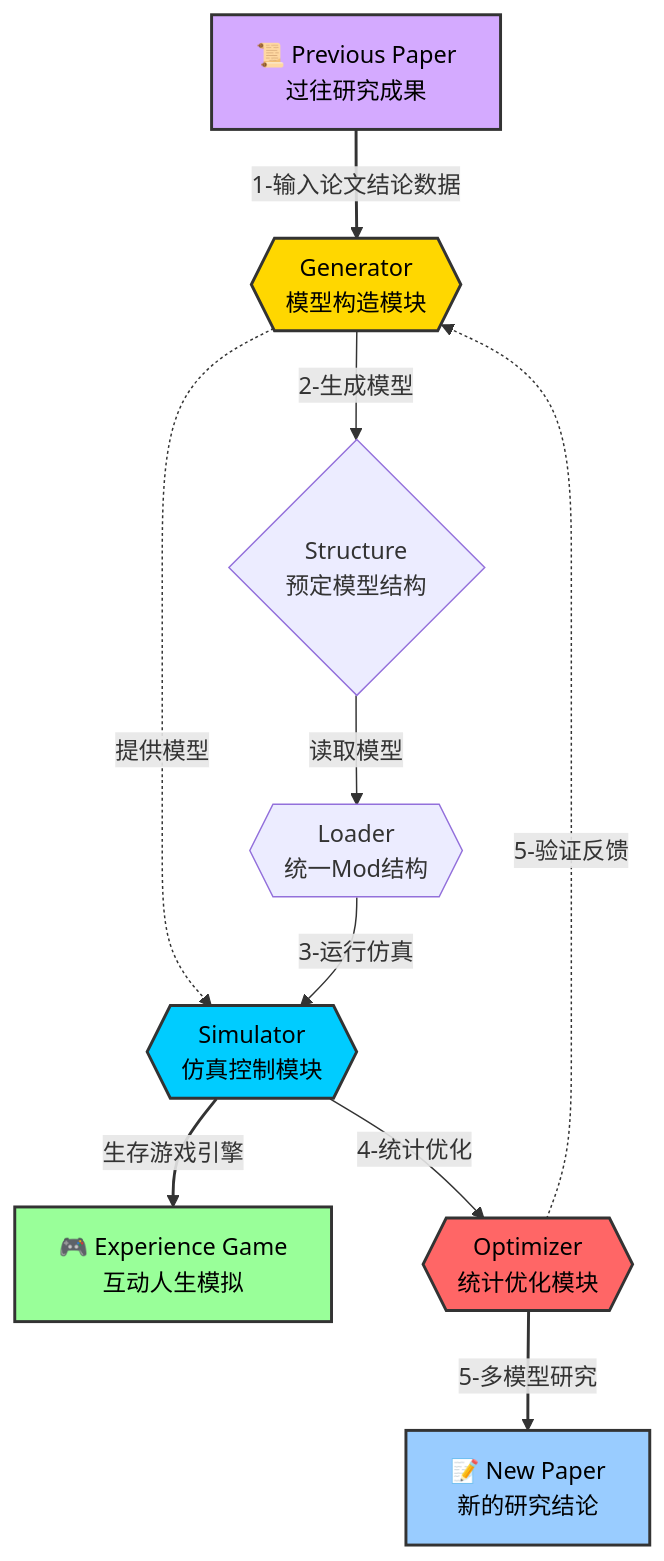
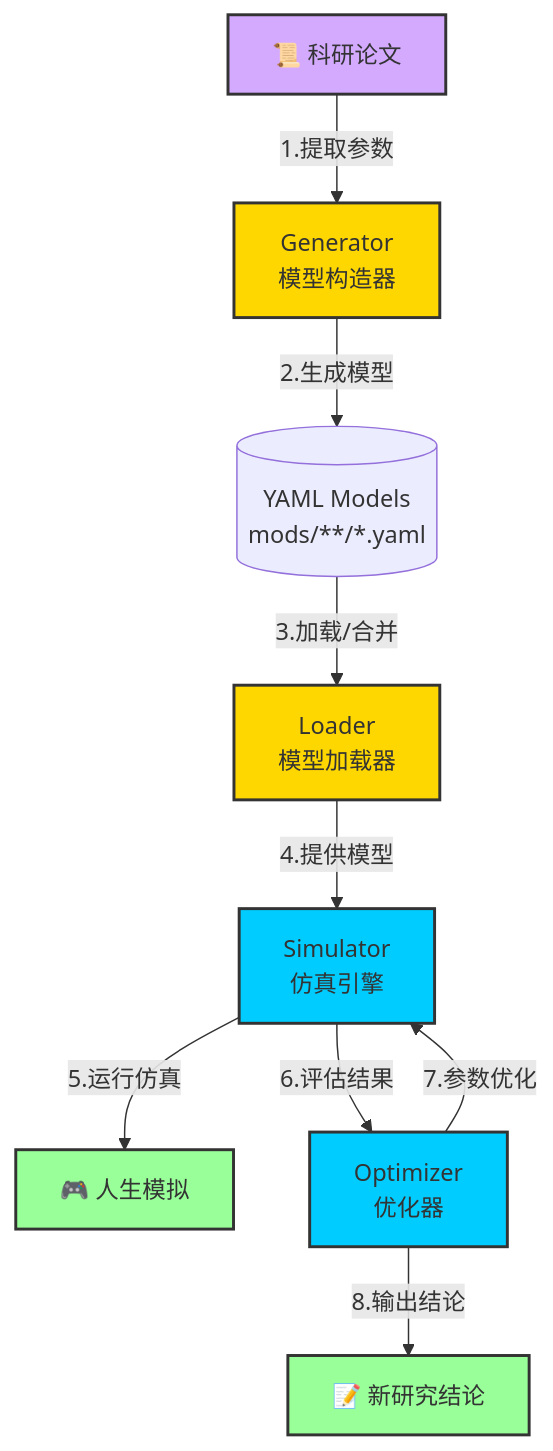
The diagram in README.md (shenfan19/life-matters-reference-engine), drawn with Mermaid before and after one commit. The commit also changed other lines of this file, not shown here.

````diff
--- a/README.md
+++ b/README.md
@@ -241,37 +439,32 @@
 ```mermaid
 graph TD
+    %% 定义节点样式
+    classDef input fill:#d4aaff,stroke:#333,stroke-width:2px
+    classDef output fill:#99ff99,stroke:#333,stroke-width:2px
+    classDef core fill:#ffd700,stroke:#333,stroke-width:2px
+    classDef engine fill:#00ccff,stroke:#333,stroke-width:2px
 
-    %% 子图：突出三角关系
-    B{{Generator<br>模型构造模块}}
-    V{{Simulator<br>仿真控制模块}}
-    H{{Optimizer<br>统计优化模块}}
-    L{{Loader<br>统一Mod结构}}
-    S{Structure<br>预定模型结构}
+    %% 输入输出
+    P[📜 科研论文]:::input
+    N[📝 新研究结论]:::output
+    G[🎮 人生模拟]:::output
 
-    P[📜 Previous Paper<br>过往研究成果]
-    N[📝 New Paper<br>新的研究结论]
-    G[🎮 Experience Game<br>互动人生模拟]
+    %% 核心模块
+    Gen[Generator<br>模型构造器]:::core
+    Load[Loader<br>模型加载器]:::core
+    Sim[Simulator<br>仿真引擎]:::engine
+    Opt[Optimizer<br>优化器]:::engine
 
-    %% LINE
-    P --> |1-输入论文结论数据| B
-    H --> |5-多模型研究| N
-    V --> |生存游戏引擎| G
+    %% YAML模型
+    YAML[(YAML Models<br>mods/**/*.yaml)]
 
-    B -.-> |提供模型| V
-    V -->  |4-统计优化| H
-    H -.-> |5-验证反馈| B
-
-    B --> |2-生成模型| S --> |读取模型| L
-    L --> |3-运行仿真| V
-
-    %% 样式优化
-    style B fill:#ffd700,stroke:#333,stroke-width:2px,color:#000
-    style V fill:#00ccff,stroke:#333,stroke-width:2px,color:#000
-    style H fill:#ff6666,stroke:#333,stroke-width:2px,color:#000
-
-    style P fill:#d4aaff,stroke:#333,stroke-width:2px,color:#000
-    style N fill:#99ccff,stroke:#333,stroke-width:2px,color:#000
-    style G fill:#99ff99,stroke:#333,stroke-width:2px,color:#000
-    
-    linkStyle 0,1,2 stroke:#333,stroke-width:2px
+    %% 工作流
+    P -->|1.提取参数| Gen
+    Gen -->|2.生成模型| YAML
+    YAML -->|3.加载/合并| Load
+    Load -->|4.提供模型| Sim
+    Sim -->|5.运行仿真| G
+    Sim -->|6.评估结果| Opt
+    Opt -->|7.参数优化| Sim
+    Opt -->|8.输出结论| N
 ```
````
